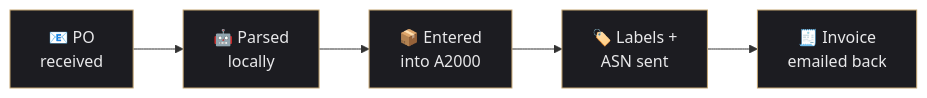
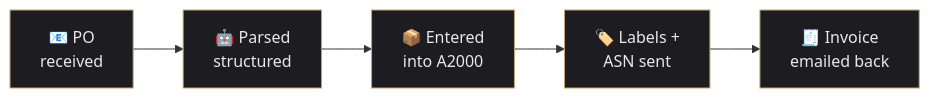
The second of 3 diagrams in docs/DEMO.md (CC90210/hermes), drawn with Mermaid before and after one commit. The commit also changed other lines of this file and 5 other files, not shown here.

````diff
--- a/docs/DEMO.md
+++ b/docs/DEMO.md
@@ -76,13 +97,13 @@
 ```mermaid
 flowchart LR
-    A[📧 PO<br/>received] --> B[🤖 Parsed<br/>locally]
+    A[📧 PO<br/>received] --> B[🤖 Parsed<br/>structured]
     B --> C[📦 Entered<br/>into A2000]
     C --> D[🏷️ Labels +<br/>ASN sent]
     D --> E[🧾 Invoice<br/>emailed back]
 
     style A fill:#1c1c21,color:#e8e8ea,stroke:#c4a572
     style B fill:#1c1c21,color:#e8e8ea,stroke:#c4a572
     style C fill:#1c1c21,color:#e8e8ea,stroke:#c4a572
     style D fill:#1c1c21,color:#e8e8ea,stroke:#c4a572
     style E fill:#1c1c21,color:#e8e8ea,stroke:#c4a572
 ```
````
